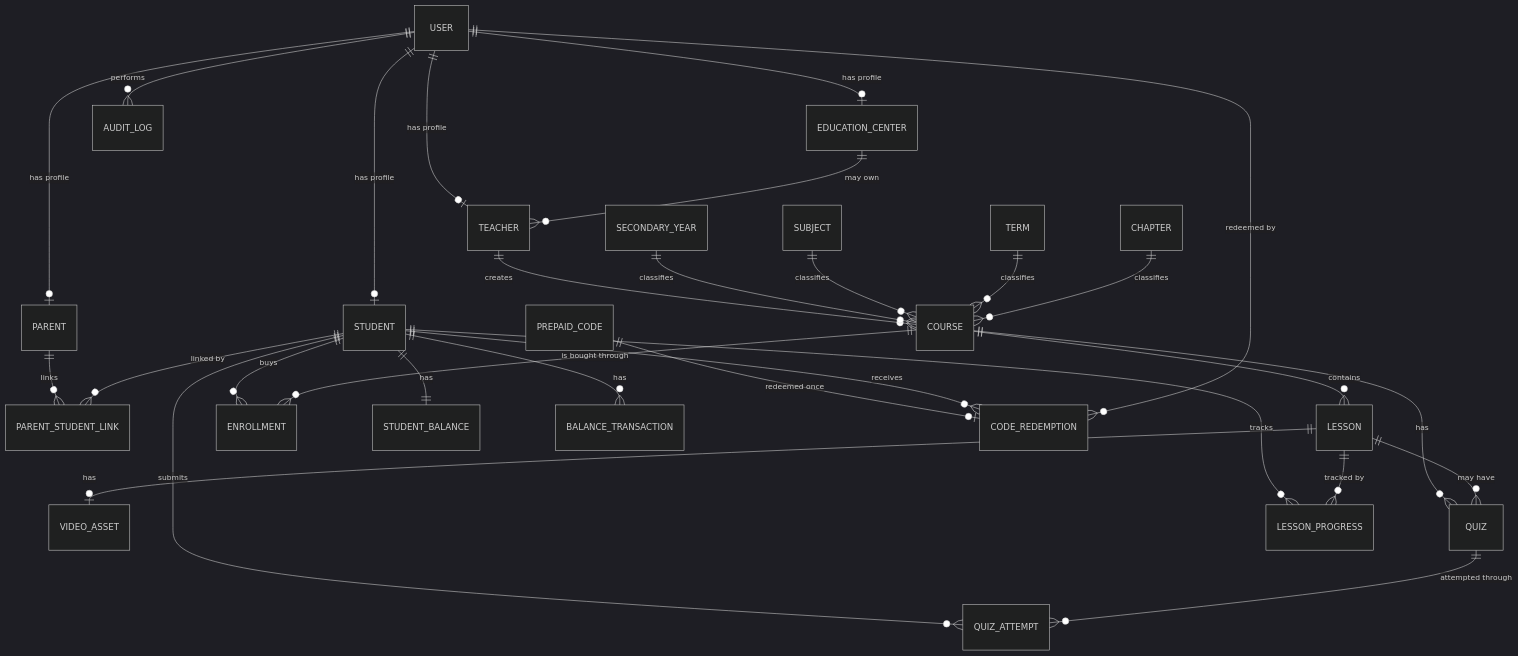
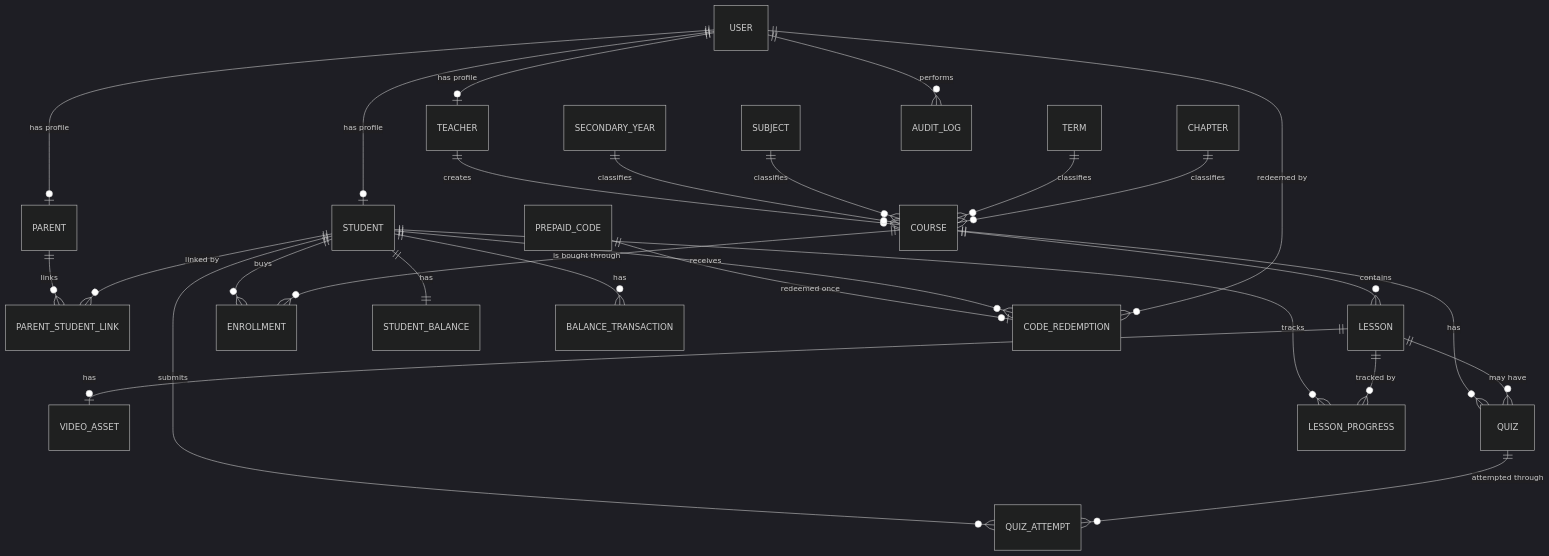
The diagram in System-Design/06-domain-model-and-database-design.md (AntoniusAtefGhaly/elearning-po-system-design), drawn with Mermaid (dark theme) before and after one commit. The commit also changed other lines of this file and 53 other files, not shown here.

Commit message:
Update e-learning module architecture docs

````diff
--- a/System-Design/06-domain-model-and-database-design.md
+++ b/System-Design/06-domain-model-and-database-design.md
@@ -37,41 +38,39 @@
 ```mermaid
 erDiagram
     USER ||--o| STUDENT : "has profile"
     USER ||--o| PARENT : "has profile"
     USER ||--o| TEACHER : "has profile"
-    USER ||--o| EDUCATION_CENTER : "has profile"
 
     PARENT ||--o{ PARENT_STUDENT_LINK : "links"
     STUDENT ||--o{ PARENT_STUDENT_LINK : "linked by"
 
-    EDUCATION_CENTER ||--o{ TEACHER : "may own"
     TEACHER ||--o{ COURSE : "creates"
 
     SECONDARY_YEAR ||--o{ COURSE : "classifies"
     SUBJECT ||--o{ COURSE : "classifies"
     TERM ||--o{ COURSE : "classifies"
     CHAPTER ||--o{ COURSE : "classifies"
 
     COURSE ||--o{ LESSON : "contains"
     LESSON ||--o| VIDEO_ASSET : "has"
     COURSE ||--o{ QUIZ : "has"
     LESSON ||--o{ QUIZ : "may have"
 
     STUDENT ||--o{ ENROLLMENT : "buys"
     COURSE ||--o{ ENROLLMENT : "is bought through"
 
     STUDENT ||--|| STUDENT_BALANCE : "has"
     STUDENT ||--o{ BALANCE_TRANSACTION : "has"
 
     PREPAID_CODE ||--o| CODE_REDEMPTION : "redeemed once"
     STUDENT ||--o{ CODE_REDEMPTION : "receives"
     USER ||--o{ CODE_REDEMPTION : "redeemed by"
 
     STUDENT ||--o{ LESSON_PROGRESS : "tracks"
     LESSON ||--o{ LESSON_PROGRESS : "tracked by"
 
     STUDENT ||--o{ QUIZ_ATTEMPT : "submits"
     QUIZ ||--o{ QUIZ_ATTEMPT : "attempted through"
 
     USER ||--o{ AUDIT_LOG : "performs"
 ```
````
